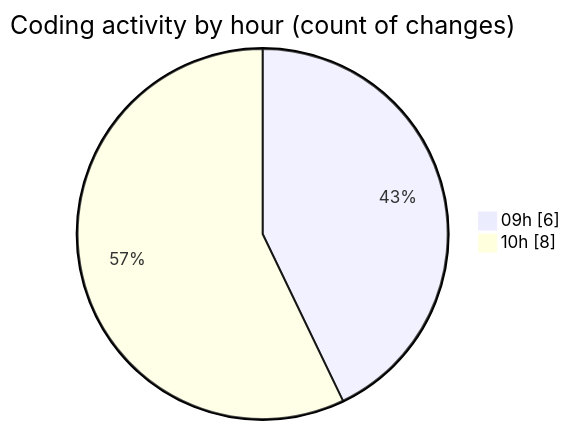
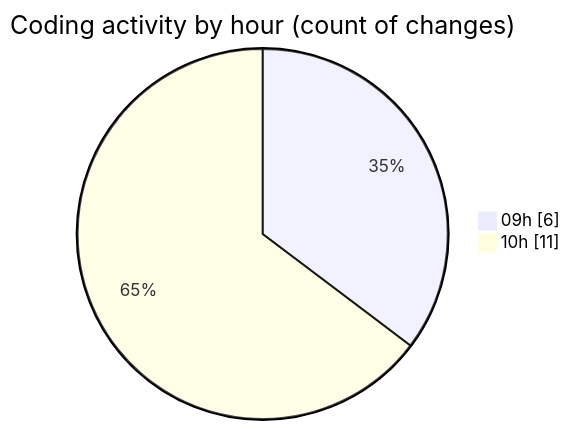
Before and after one commit to becaeroporto-bot/code-tracking: the second of 2 diagrams in 2026-02-18/bot_v1_2/README.md, drawn with Mermaid. The commit also changed other lines of this file and 1 other file, not shown here.

````diff
--- a/2026-02-18/bot_v1_2/README.md
+++ b/2026-02-18/bot_v1_2/README.md
@@ -37,6 +39,6 @@
 ```mermaid
 pie showData
 title Coding activity by hour (count of changes)
 "09h" : 6
-"10h" : 8
+"10h" : 11
 ```
````
